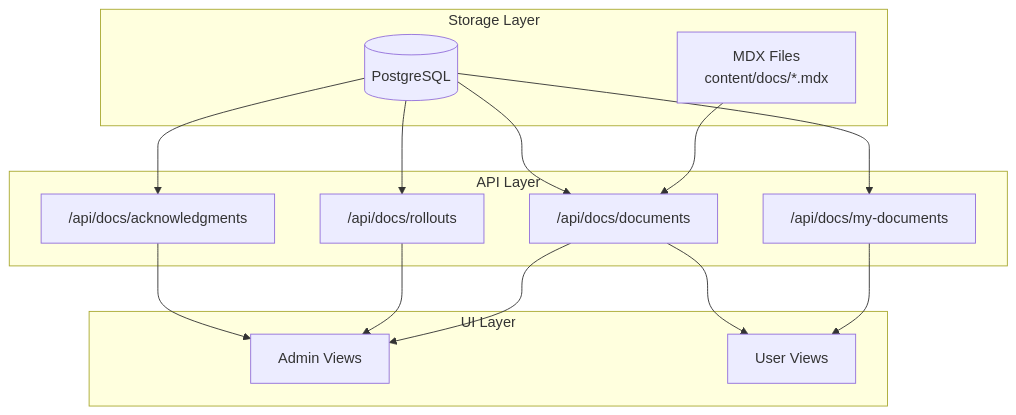
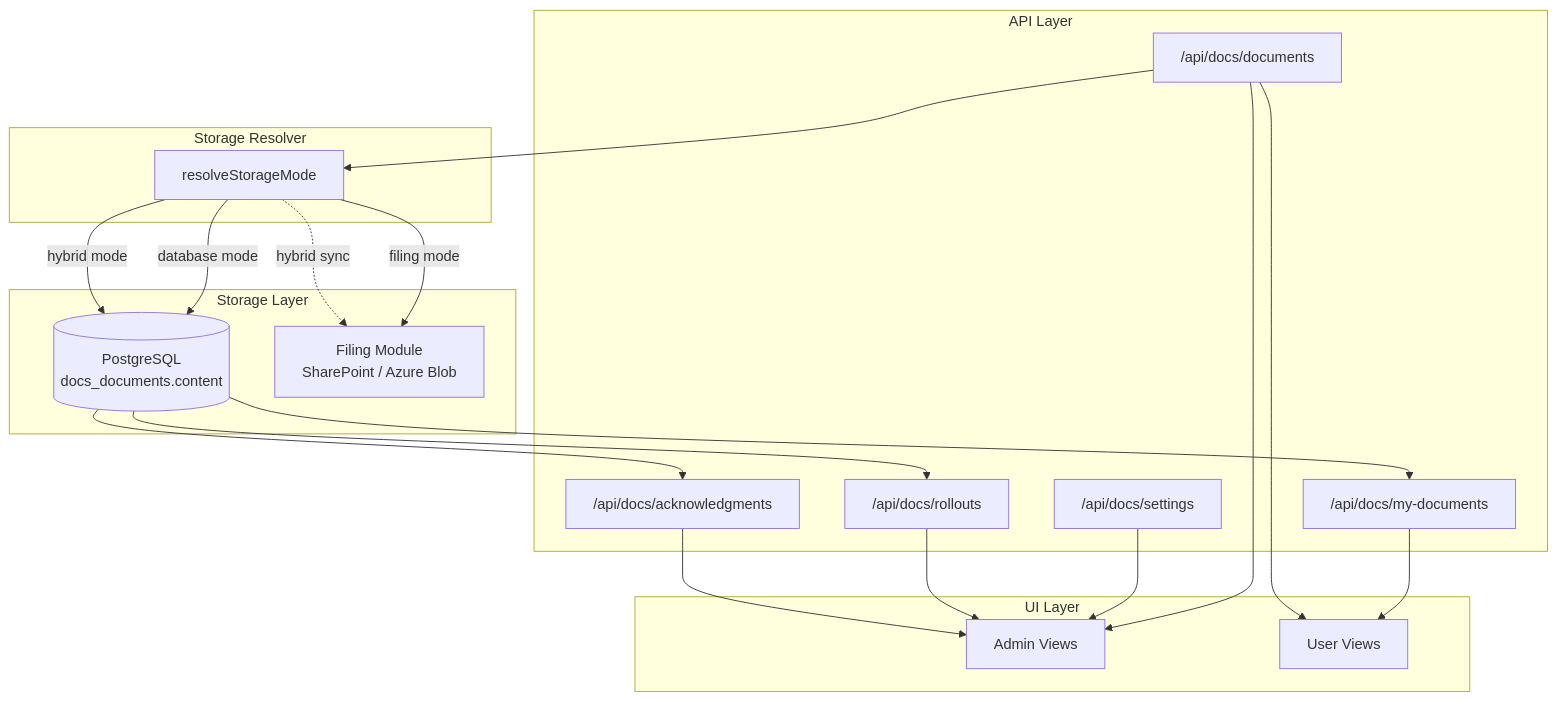
One commit to stellarsoft-tech/IdaraOS changed the first of 8 diagrams in docs/modules/docs/architecture.md. Above: the diagram before and after it, drawn with Mermaid. The commit also changed other lines of this file and 25 other files, not shown here.

First line of the commit message:
docs: DB migrations, storage settings, dev Docker parity

````diff
--- a/docs/modules/docs/architecture.md
+++ b/docs/modules/docs/architecture.md
@@ -16,31 +17,41 @@
 ```mermaid
 flowchart TB
     subgraph storage [Storage Layer]
-        MDXFiles[MDX Files<br/>content/docs/*.mdx]
-        DB[(PostgreSQL)]
+        DB[(PostgreSQL<br/>docs_documents.content)]
+        Filing[Filing Module<br/>SharePoint / Azure Blob]
+    end
+    
+    subgraph resolver [Storage Resolver]
+        SR[resolveStorageMode]
     end
     
     subgraph api [API Layer]
         DocsAPI["/api/docs/documents"]
+        SettingsAPI["/api/docs/settings"]
         RolloutsAPI["/api/docs/rollouts"]
         AcksAPI["/api/docs/acknowledgments"]
         MyDocsAPI["/api/docs/my-documents"]
     end
     
     subgraph ui [UI Layer]
         AdminView[Admin Views]
         UserView[User Views]
     end
     
-    MDXFiles --> DocsAPI
-    DB --> DocsAPI
+    DocsAPI --> SR
+    SR -->|database mode| DB
+    SR -->|filing mode| Filing
+    SR -->|hybrid mode| DB
+    SR -.->|hybrid sync| Filing
+    
     DB --> RolloutsAPI
     DB --> AcksAPI
     DB --> MyDocsAPI
     
     DocsAPI --> AdminView
+    SettingsAPI --> AdminView
     RolloutsAPI --> AdminView
     AcksAPI --> AdminView
     MyDocsAPI --> UserView
     DocsAPI --> UserView
 ```
````
